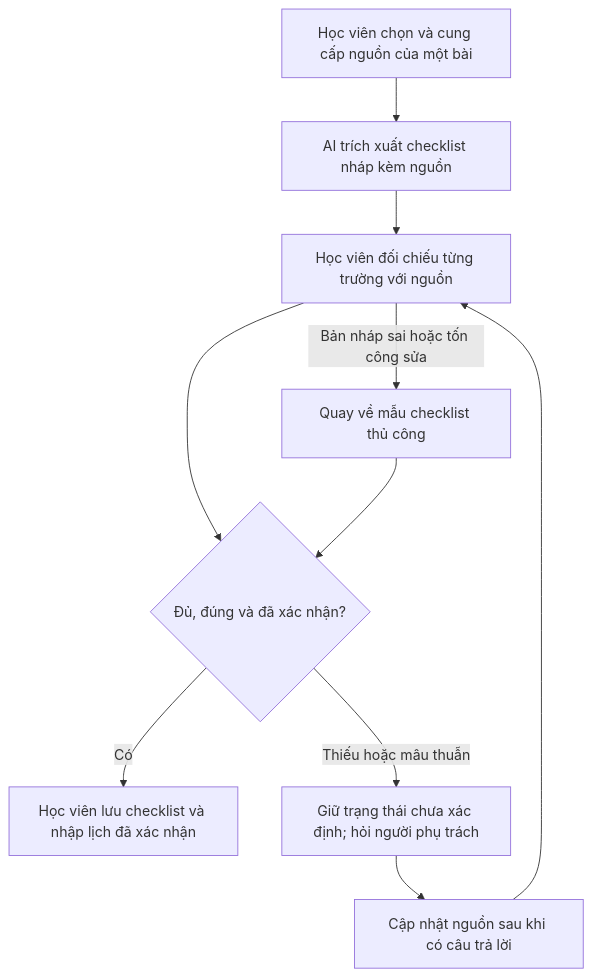
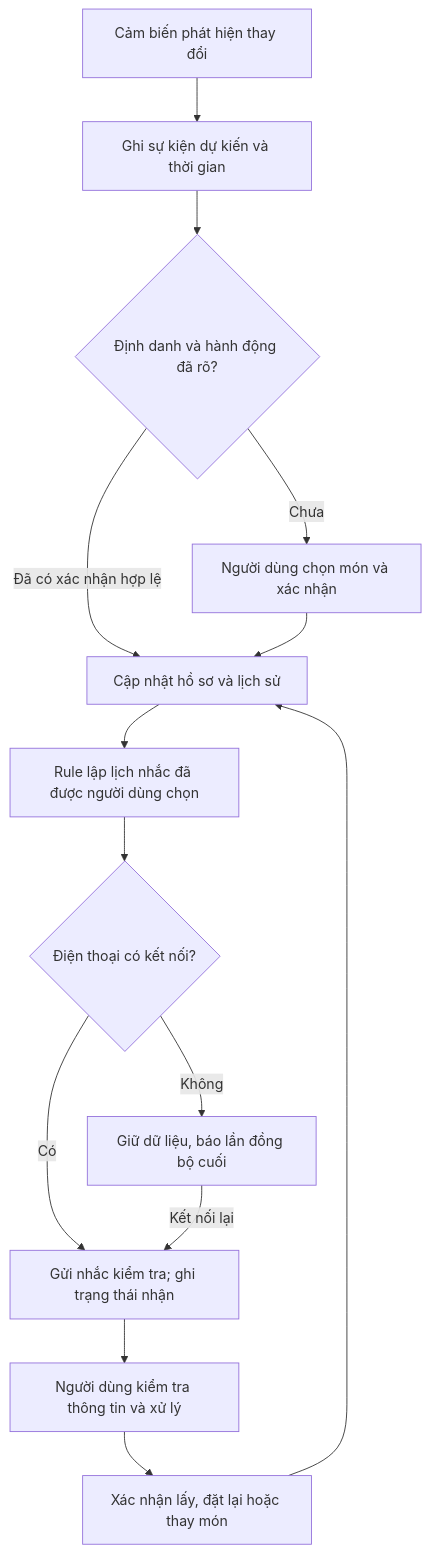
The second of 2 diagrams in 02-group-problem-statement/03-problem-statement.md (mcnb2005/Day02-2A202602825-PhamMinhCuong), drawn with Mermaid before and after one commit. The commit also changed other lines of this file and 13 other files, not shown here.

````diff
--- a/02-group-problem-statement/03-problem-statement.md
+++ b/02-group-problem-statement/03-problem-statement.md
@@ -42,12 +40,16 @@
 ```mermaid
 flowchart TD
-    A["Học viên chọn và cung cấp nguồn của một bài"] --> B["AI trích xuất checklist nháp kèm nguồn"]
-    B --> C["Học viên đối chiếu từng trường với nguồn"]
-    C --> D{"Đủ, đúng và đã xác nhận?"}
-    D -->|Có| E["Học viên lưu checklist và nhập lịch đã xác nhận"]
-    D -->|Thiếu hoặc mâu thuẫn| F["Giữ trạng thái chưa xác định; hỏi người phụ trách"]
-    F --> G["Cập nhật nguồn sau khi có câu trả lời"]
-    G --> C
-    C -->|Bản nháp sai hoặc tốn công sửa| H["Quay về mẫu checklist thủ công"]
-    H --> D
+    A["Cảm biến phát hiện thay đổi"] --> B["Ghi sự kiện dự kiến và thời gian"]
+    B --> C{"Định danh và hành động đã rõ?"}
+    C -->|Chưa| D["Người dùng chọn món và xác nhận"]
+    C -->|Đã có xác nhận hợp lệ| E["Cập nhật hồ sơ và lịch sử"]
+    D --> E
+    E --> F["Rule lập lịch nhắc đã được người dùng chọn"]
+    F --> G{"Điện thoại có kết nối?"}
+    G -->|Có| H["Gửi nhắc kiểm tra; ghi trạng thái nhận"]
+    G -->|Không| I["Giữ dữ liệu, báo lần đồng bộ cuối"]
+    I -->|Kết nối lại| H
+    H --> J["Người dùng kiểm tra thông tin và xử lý"]
+    J --> K["Xác nhận lấy, đặt lại hoặc thay món"]
+    K --> E
 ```
````
